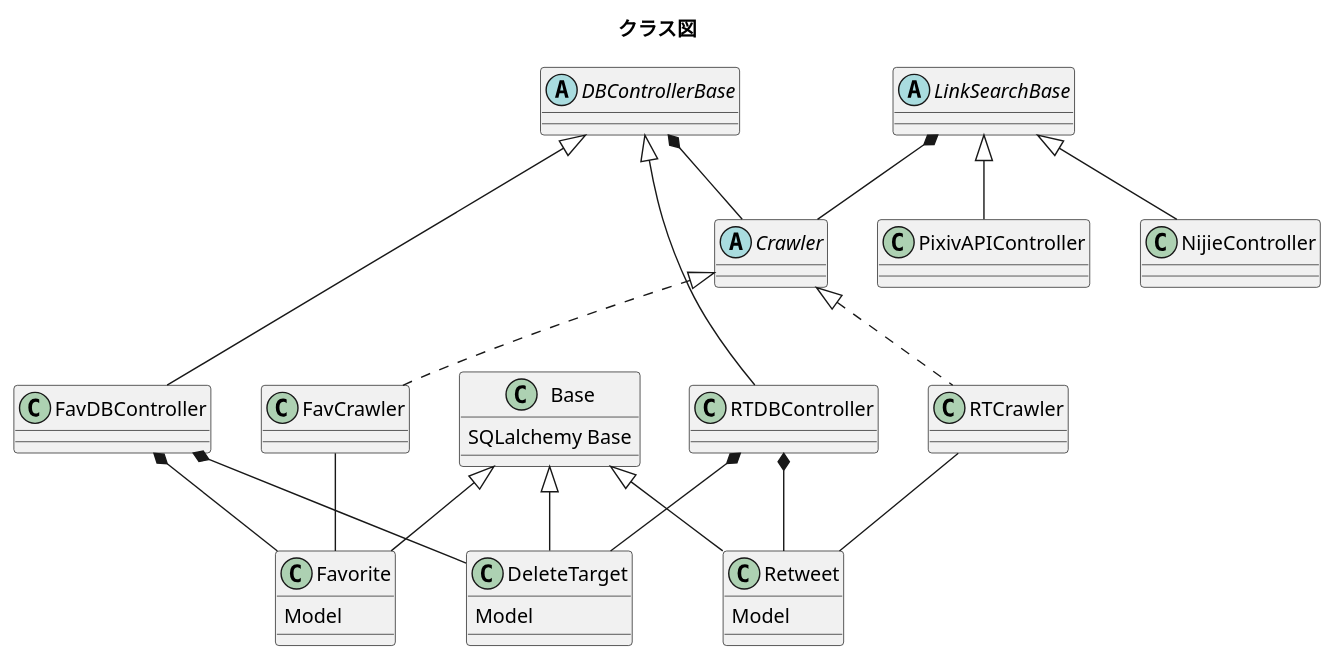
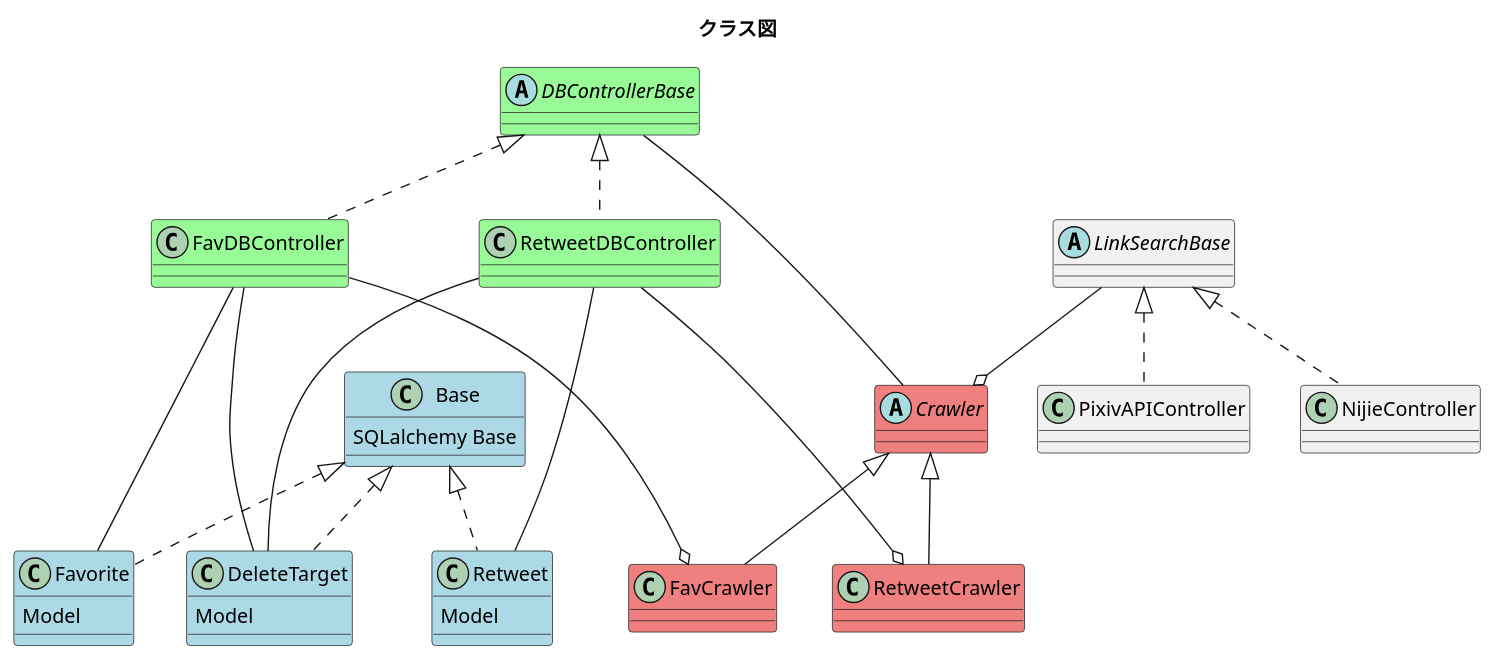
One commit to shift4869/media-gathering changed the diagram in uml/to_be.pu. Above: the diagram before and after it, drawn with PlantUML.

Commit message:
クラス図更新

```diff
--- a/uml/to_be.pu
+++ b/uml/to_be.pu
@@ -1,54 +1,67 @@
 @startuml
 title クラス図
 
 ' クローラークラス
-abstract class Crawler
-class FavCrawler
-class RTCrawler
-Crawler <|.. FavCrawler
-Crawler <|.. RTCrawler
+abstract class Crawler #LightCoral
+class FavCrawler #LightCoral
+class RetweetCrawler #LightCoral
 
 ' DBクラス
-abstract class DBControllerBase 
-class FavDBController 
-class RTDBController 
-DBControllerBase <|-- FavDBController
-DBControllerBase <|-- RTDBController
+abstract class DBControllerBase #PaleGreen
+class FavDBController #PaleGreen
+class RetweetDBController #PaleGreen
 
 ' SQLalchemy関連クラス
-class Base{
+class Base #LightBlue{
     SQLalchemy Base
 }
-class Favorite{
+class Favorite #LightBlue{
     Model
 }
-class Retweet{
+class Retweet #LightBlue{
     Model
 }
-class DeleteTarget{
+class DeleteTarget #LightBlue{
     Model
 }
-Base <|-- Favorite
-Base <|-- Retweet
-Base <|-- DeleteTarget
 
 ' 外部リンク探索ベース
 abstract class LinkSearchBase
 ' pixivクラス
 class PixivAPIController
 ' nijieクラス
 class NijieController
-LinkSearchBase <|-- PixivAPIController
-LinkSearchBase <|-- NijieController
 
 ' 関連追加
-FavDBController *-- Favorite
-FavDBController *-- DeleteTarget
-RTDBController *-- Retweet
-RTDBController *-- DeleteTarget
-FavCrawler -- Favorite
-RTCrawler -- Retweet
-LinkSearchBase *-- Crawler
-DBControllerBase *-- Crawler
+' FavCrawlerとRetweetCrawlerはCrawlerから派生する(is a)
+Crawler <|-- FavCrawler
+Crawler <|-- RetweetCrawler
+
+' CrawlerはLinkSearchBaseを保持する(has a)
+DBControllerBase --- Crawler
+LinkSearchBase --o Crawler
+
+' FavDBControllerとRetweetDBControllerはDBControllerBaseから派生する(is a)
+DBControllerBase <|.. FavDBController
+DBControllerBase <|.. RetweetDBController
+
+' FavCrawlerとRetweetCrawlerはそれぞれDBControllerを保持する(has a)
+FavDBController --o FavCrawler
+RetweetDBController --o RetweetCrawler
+
+' SQLalchemy関連
+Base <|.. Favorite
+Base <|.. Retweet
+Base <|.. DeleteTarget
+
+' SQLalchemy関連はそれぞれのDBControllerから呼び出される
+FavDBController --- Favorite
+FavDBController --- DeleteTarget
+RetweetDBController --- Retweet
+RetweetDBController --- DeleteTarget
+
+LinkSearchBase <|.. PixivAPIController
+LinkSearchBase <|.. NijieController
+'DBControllerBase *-- Crawler
 
 @enduml
```
